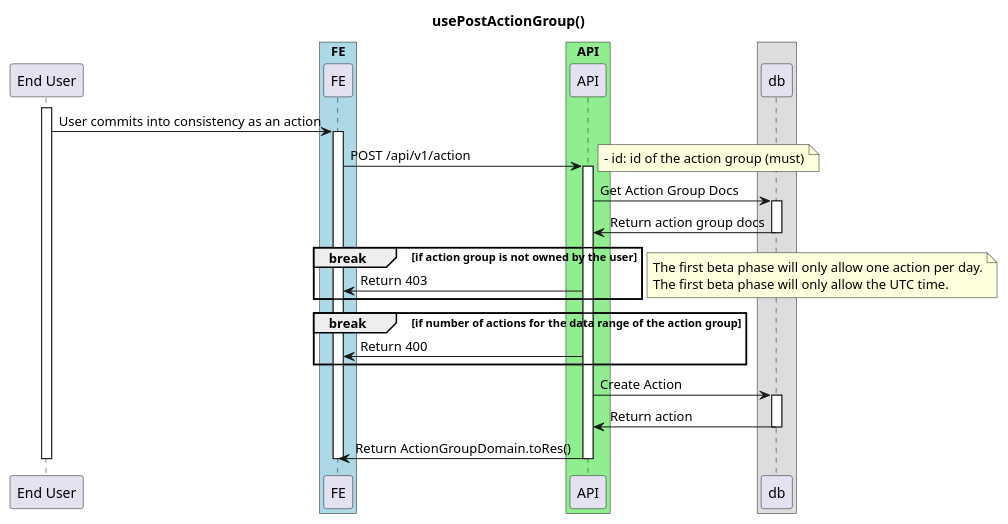
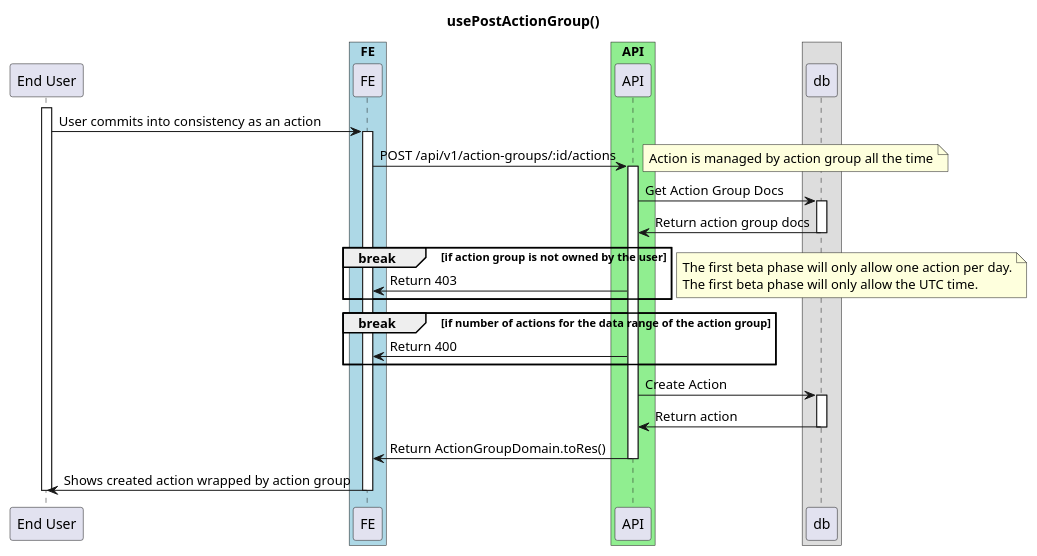
The diagram in dev_consistency/diagrams/on-post-action.md (ajktown/docs), drawn with PlantUML before and after one commit.

````diff
--- a/dev_consistency/diagrams/on-post-action.md
+++ b/dev_consistency/diagrams/on-post-action.md
@@ -16,46 +16,47 @@
 ```plantuml
 
 @startuml
 
 title usePostActionGroup()
 
 participant "End User" as user
 
 box "FE" #Lightblue
   participant "FE" as fe
 box
 box "API" #Lightgreen
   participant "API" as api
 box
 
 activate user
   user -> fe: User commits into consistency as an action
   activate fe
-    fe -> api: POST /api/v1/action
+    fe -> api: POST /api/v1/action-groups/:id/actions
     note right
-      - id: id of the action group (must)
+      Action is managed by action group all the time
     end note
     activate api
       api -> db: Get Action Group Docs
       activate db
         api <- db: Return action group docs
       deactivate db
       break if action group is not owned by the user
         fe <- api: Return 403
       end break
       break if number of actions for the data range of the action group
         note right
           The first beta phase will only allow one action per day.
           The first beta phase will only allow the UTC time.
         end note
         fe <- api: Return 400
       end break
       api -> db: Create Action
       activate db
         api <- db: Return action
       deactivate db
       fe <- api: Return ActionGroupDomain.toRes()
     deactivate api
+    user <- fe: Shows created action wrapped by action group
   deactivate fe
 deactivate user
 ```
````
